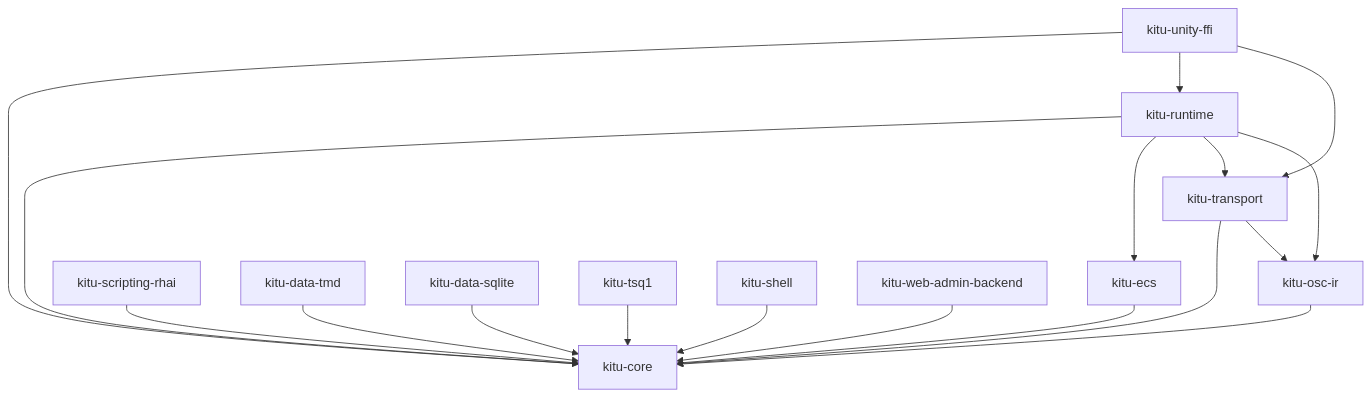
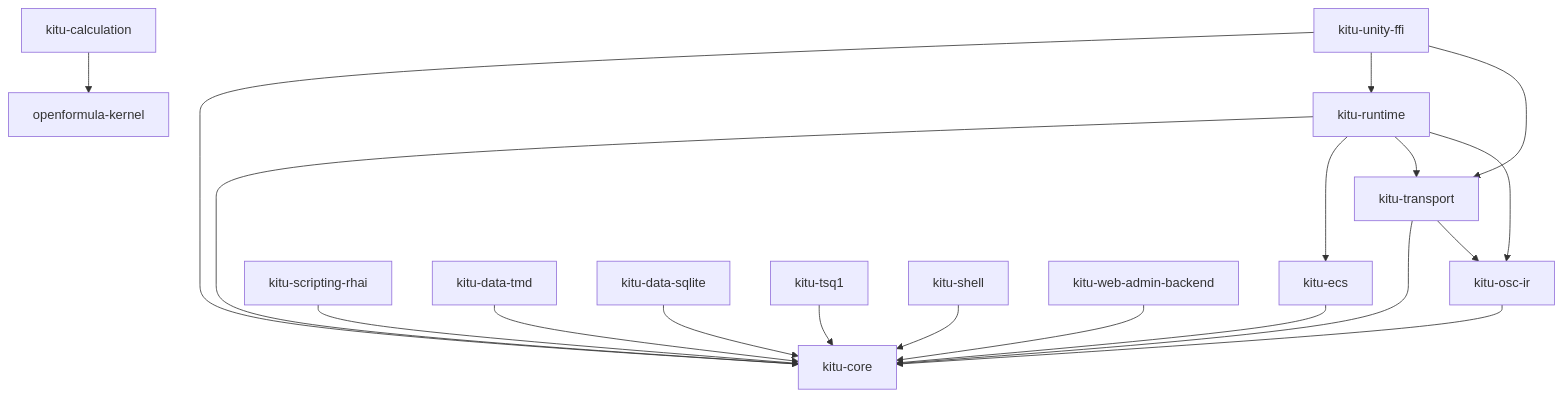
Before and after one commit to Nagitch/kitu-logic-processor: the diagram in doc/crates-overview.md, drawn with Mermaid. The commit also changed other lines of this file and 6 other files, not shown here.

Commit message:
Add shared calculation kernel adapter

````diff
--- a/doc/crates-overview.md
+++ b/doc/crates-overview.md
@@ -26,33 +27,36 @@
 ```mermaid
 graph TD
     kitu_core["kitu-core"]
+    kitu_calculation["kitu-calculation"]
     kitu_ecs["kitu-ecs"]
     kitu_osc_ir["kitu-osc-ir"]
     kitu_transport["kitu-transport"]
     kitu_runtime["kitu-runtime"]
     kitu_scripting_rhai["kitu-scripting-rhai"]
     kitu_data_tmd["kitu-data-tmd"]
     kitu_data_sqlite["kitu-data-sqlite"]
     kitu_tsq1["kitu-tsq1"]
     kitu_shell["kitu-shell"]
     kitu_web_admin_backend["kitu-web-admin-backend"]
     kitu_unity_ffi["kitu-unity-ffi"]
+
+    kitu_calculation --> openformula_kernel["openformula-kernel"]
 
     kitu_ecs --> kitu_core
     kitu_osc_ir --> kitu_core
     kitu_transport --> kitu_core
     kitu_transport --> kitu_osc_ir
     kitu_runtime --> kitu_core
     kitu_runtime --> kitu_ecs
     kitu_runtime --> kitu_transport
     kitu_runtime --> kitu_osc_ir
     kitu_scripting_rhai --> kitu_core
     kitu_data_tmd --> kitu_core
     kitu_data_sqlite --> kitu_core
     kitu_tsq1 --> kitu_core
     kitu_shell --> kitu_core
     kitu_web_admin_backend --> kitu_core
     kitu_unity_ffi --> kitu_core
     kitu_unity_ffi --> kitu_runtime
     kitu_unity_ffi --> kitu_transport
 ```
````
